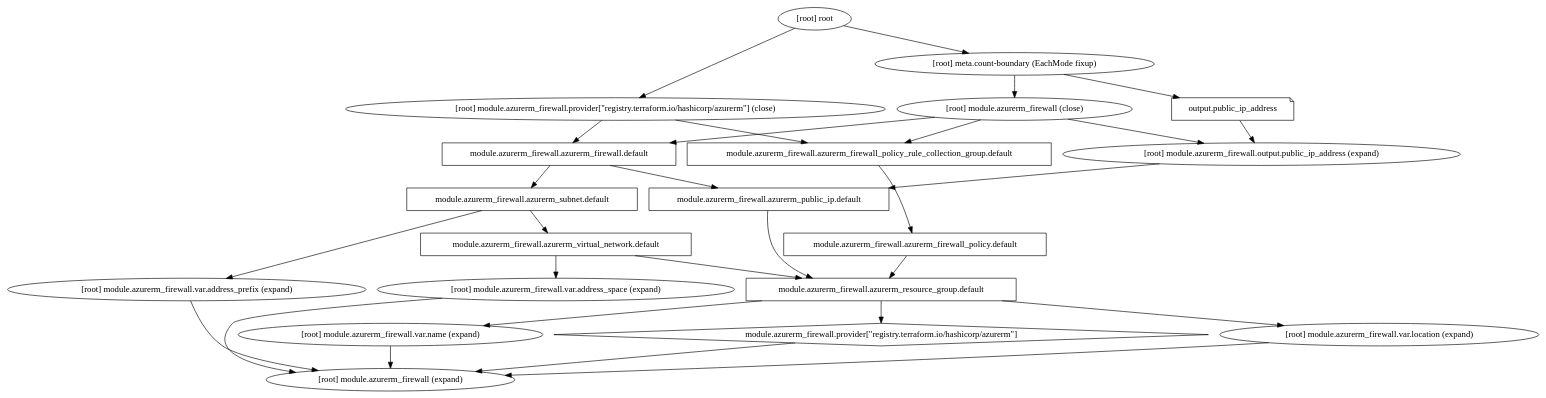
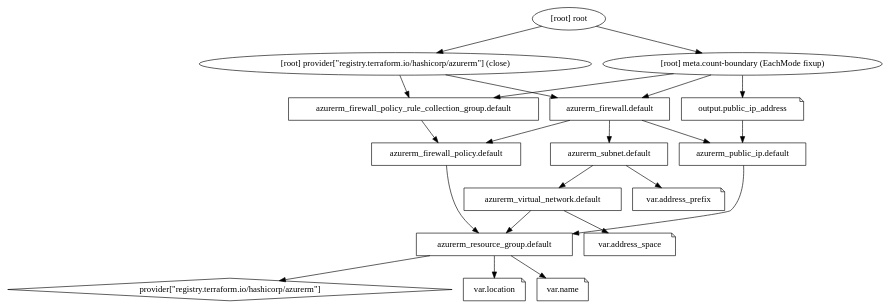
One commit to robertdebock/terraform-azurerm-firewall changed the diagram in graphviz.dot. Above: the diagram before and after it, drawn with Graphviz. The commit also changed 2 other files, not shown here.

Commit message:
Generate on the module. Relate the policy to the firewall.

```diff
--- a/graphviz.dot
+++ b/graphviz.dot
@@ -1,43 +1,40 @@
 digraph {
 	compound = "true"
 	newrank = "true"
 	subgraph "root" {
-		"[root] module.azurerm_firewall.azurerm_firewall.default (expand)" [label = "module.azurerm_firewall.azurerm_firewall.default", shape = "box"]
-		"[root] module.azurerm_firewall.azurerm_firewall_policy.default (expand)" [label = "module.azurerm_firewall.azurerm_firewall_policy.default", shape = "box"]
-		"[root] module.azurerm_firewall.azurerm_firewall_policy_rule_collection_group.default (expand)" [label = "module.azurerm_firewall.azurerm_firewall_policy_rule_collection_group.default", shape = "box"]
-		"[root] module.azurerm_firewall.azurerm_public_ip.default (expand)" [label = "module.azurerm_firewall.azurerm_public_ip.default", shape = "box"]
-		"[root] module.azurerm_firewall.azurerm_resource_group.default (expand)" [label = "module.azurerm_firewall.azurerm_resource_group.default", shape = "box"]
-		"[root] module.azurerm_firewall.azurerm_subnet.default (expand)" [label = "module.azurerm_firewall.azurerm_subnet.default", shape = "box"]
-		"[root] module.azurerm_firewall.azurerm_virtual_network.default (expand)" [label = "module.azurerm_firewall.azurerm_virtual_network.default", shape = "box"]
-		"[root] module.azurerm_firewall.provider[\"registry.terraform.io/hashicorp/azurerm\"]" [label = "module.azurerm_firewall.provider[\"registry.terraform.io/hashicorp/azurerm\"]", shape = "diamond"]
+		"[root] azurerm_firewall.default (expand)" [label = "azurerm_firewall.default", shape = "box"]
+		"[root] azurerm_firewall_policy.default (expand)" [label = "azurerm_firewall_policy.default", shape = "box"]
+		"[root] azurerm_firewall_policy_rule_collection_group.default (expand)" [label = "azurerm_firewall_policy_rule_collection_group.default", shape = "box"]
+		"[root] azurerm_public_ip.default (expand)" [label = "azurerm_public_ip.default", shape = "box"]
+		"[root] azurerm_resource_group.default (expand)" [label = "azurerm_resource_group.default", shape = "box"]
+		"[root] azurerm_subnet.default (expand)" [label = "azurerm_subnet.default", shape = "box"]
+		"[root] azurerm_virtual_network.default (expand)" [label = "azurerm_virtual_network.default", shape = "box"]
 		"[root] output.public_ip_address" [label = "output.public_ip_address", shape = "note"]
-		"[root] meta.count-boundary (EachMode fixup)" -> "[root] module.azurerm_firewall (close)"
+		"[root] provider[\"registry.terraform.io/hashicorp/azurerm\"]" [label = "provider[\"registry.terraform.io/hashicorp/azurerm\"]", shape = "diamond"]
+		"[root] var.address_prefix" [label = "var.address_prefix", shape = "note"]
+		"[root] var.address_space" [label = "var.address_space", shape = "note"]
+		"[root] var.location" [label = "var.location", shape = "note"]
+		"[root] var.name" [label = "var.name", shape = "note"]
+		"[root] azurerm_firewall.default (expand)" -> "[root] azurerm_firewall_policy.default (expand)"
+		"[root] azurerm_firewall.default (expand)" -> "[root] azurerm_public_ip.default (expand)"
+		"[root] azurerm_firewall.default (expand)" -> "[root] azurerm_subnet.default (expand)"
+		"[root] azurerm_firewall_policy.default (expand)" -> "[root] azurerm_resource_group.default (expand)"
+		"[root] azurerm_firewall_policy_rule_collection_group.default (expand)" -> "[root] azurerm_firewall_policy.default (expand)"
+		"[root] azurerm_public_ip.default (expand)" -> "[root] azurerm_resource_group.default (expand)"
+		"[root] azurerm_resource_group.default (expand)" -> "[root] provider[\"registry.terraform.io/hashicorp/azurerm\"]"
+		"[root] azurerm_resource_group.default (expand)" -> "[root] var.location"
+		"[root] azurerm_resource_group.default (expand)" -> "[root] var.name"
+		"[root] azurerm_subnet.default (expand)" -> "[root] azurerm_virtual_network.default (expand)"
+		"[root] azurerm_subnet.default (expand)" -> "[root] var.address_prefix"
+		"[root] azurerm_virtual_network.default (expand)" -> "[root] azurerm_resource_group.default (expand)"
+		"[root] azurerm_virtual_network.default (expand)" -> "[root] var.address_space"
+		"[root] meta.count-boundary (EachMode fixup)" -> "[root] azurerm_firewall.default (expand)"
+		"[root] meta.count-boundary (EachMode fixup)" -> "[root] azurerm_firewall_policy_rule_collection_group.default (expand)"
 		"[root] meta.count-boundary (EachMode fixup)" -> "[root] output.public_ip_address"
-		"[root] module.azurerm_firewall (close)" -> "[root] module.azurerm_firewall.azurerm_firewall.default (expand)"
-		"[root] module.azurerm_firewall (close)" -> "[root] module.azurerm_firewall.azurerm_firewall_policy_rule_collection_group.default (expand)"
-		"[root] module.azurerm_firewall (close)" -> "[root] module.azurerm_firewall.output.public_ip_address (expand)"
-		"[root] module.azurerm_firewall.azurerm_firewall.default (expand)" -> "[root] module.azurerm_firewall.azurerm_public_ip.default (expand)"
-		"[root] module.azurerm_firewall.azurerm_firewall.default (expand)" -> "[root] module.azurerm_firewall.azurerm_subnet.default (expand)"
-		"[root] module.azurerm_firewall.azurerm_firewall_policy.default (expand)" -> "[root] module.azurerm_firewall.azurerm_resource_group.default (expand)"
-		"[root] module.azurerm_firewall.azurerm_firewall_policy_rule_collection_group.default (expand)" -> "[root] module.azurerm_firewall.azurerm_firewall_policy.default (expand)"
-		"[root] module.azurerm_firewall.azurerm_public_ip.default (expand)" -> "[root] module.azurerm_firewall.azurerm_resource_group.default (expand)"
-		"[root] module.azurerm_firewall.azurerm_resource_group.default (expand)" -> "[root] module.azurerm_firewall.provider[\"registry.terraform.io/hashicorp/azurerm\"]"
-		"[root] module.azurerm_firewall.azurerm_resource_group.default (expand)" -> "[root] module.azurerm_firewall.var.location (expand)"
-		"[root] module.azurerm_firewall.azurerm_resource_group.default (expand)" -> "[root] module.azurerm_firewall.var.name (expand)"
-		"[root] module.azurerm_firewall.azurerm_subnet.default (expand)" -> "[root] module.azurerm_firewall.azurerm_virtual_network.default (expand)"
-		"[root] module.azurerm_firewall.azurerm_subnet.default (expand)" -> "[root] module.azurerm_firewall.var.address_prefix (expand)"
-		"[root] module.azurerm_firewall.azurerm_virtual_network.default (expand)" -> "[root] module.azurerm_firewall.azurerm_resource_group.default (expand)"
-		"[root] module.azurerm_firewall.azurerm_virtual_network.default (expand)" -> "[root] module.azurerm_firewall.var.address_space (expand)"
-		"[root] module.azurerm_firewall.output.public_ip_address (expand)" -> "[root] module.azurerm_firewall.azurerm_public_ip.default (expand)"
-		"[root] module.azurerm_firewall.provider[\"registry.terraform.io/hashicorp/azurerm\"] (close)" -> "[root] module.azurerm_firewall.azurerm_firewall.default (expand)"
-		"[root] module.azurerm_firewall.provider[\"registry.terraform.io/hashicorp/azurerm\"] (close)" -> "[root] module.azurerm_firewall.azurerm_firewall_policy_rule_collection_group.default (expand)"
-		"[root] module.azurerm_firewall.provider[\"registry.terraform.io/hashicorp/azurerm\"]" -> "[root] module.azurerm_firewall (expand)"
-		"[root] module.azurerm_firewall.var.address_prefix (expand)" -> "[root] module.azurerm_firewall (expand)"
-		"[root] module.azurerm_firewall.var.address_space (expand)" -> "[root] module.azurerm_firewall (expand)"
-		"[root] module.azurerm_firewall.var.location (expand)" -> "[root] module.azurerm_firewall (expand)"
-		"[root] module.azurerm_firewall.var.name (expand)" -> "[root] module.azurerm_firewall (expand)"
-		"[root] output.public_ip_address" -> "[root] module.azurerm_firewall.output.public_ip_address (expand)"
+		"[root] output.public_ip_address" -> "[root] azurerm_public_ip.default (expand)"
+		"[root] provider[\"registry.terraform.io/hashicorp/azurerm\"] (close)" -> "[root] azurerm_firewall.default (expand)"
+		"[root] provider[\"registry.terraform.io/hashicorp/azurerm\"] (close)" -> "[root] azurerm_firewall_policy_rule_collection_group.default (expand)"
 		"[root] root" -> "[root] meta.count-boundary (EachMode fixup)"
-		"[root] root" -> "[root] module.azurerm_firewall.provider[\"registry.terraform.io/hashicorp/azurerm\"] (close)"
+		"[root] root" -> "[root] provider[\"registry.terraform.io/hashicorp/azurerm\"] (close)"
 	}
 }
```
